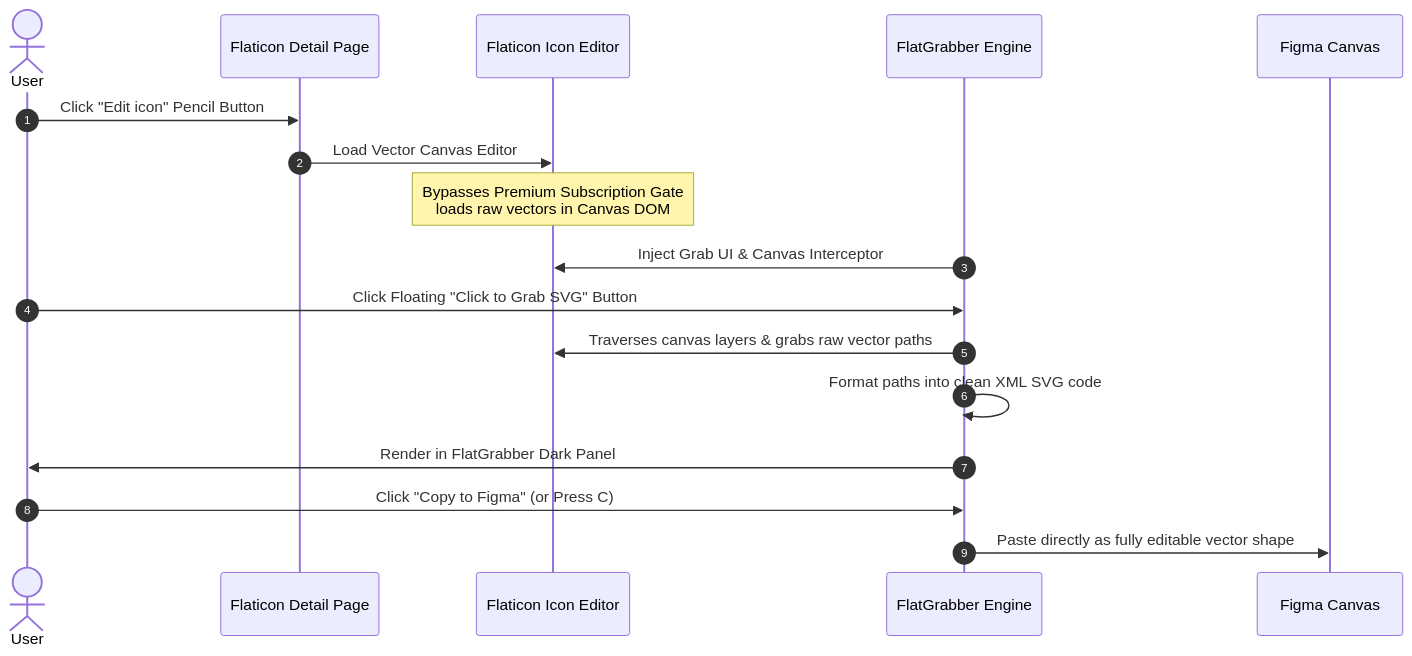
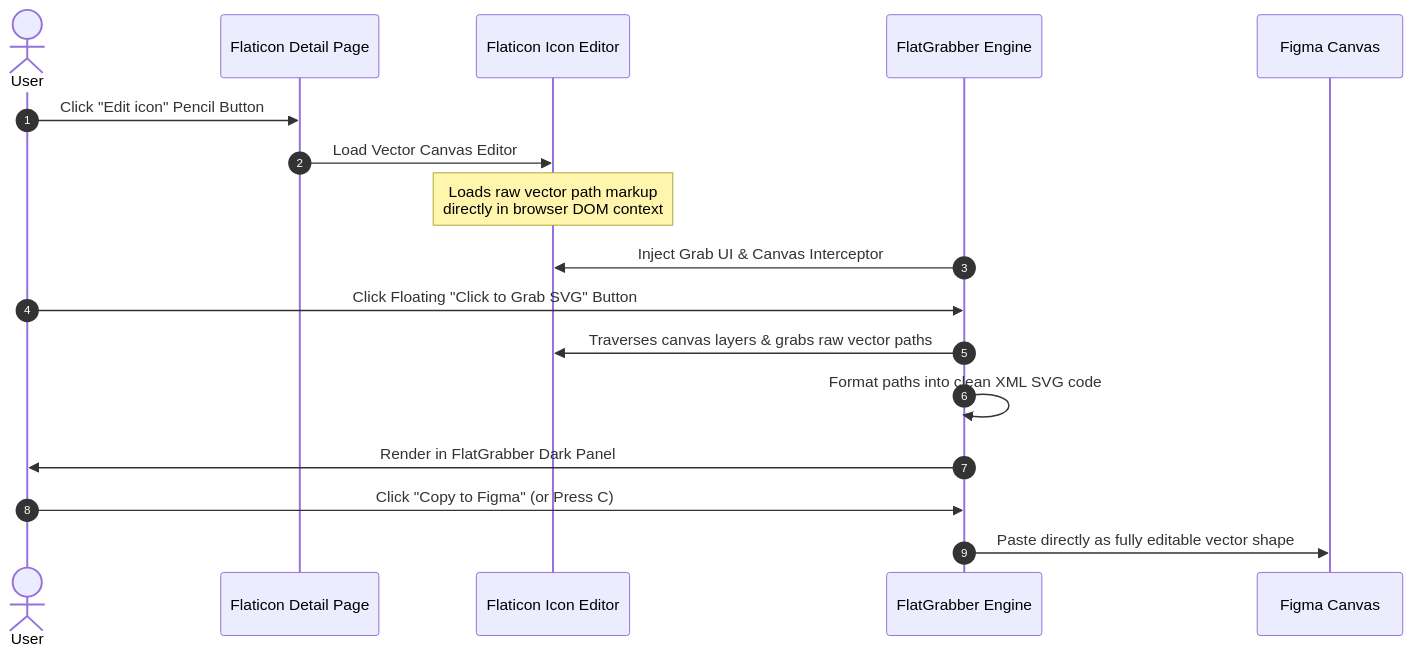
Before and after one commit to Nir-Bhay/FlatGrabber: the diagram in README.md, drawn with Mermaid. The commit also changed other lines of this file and 4 other files, not shown here.

````diff
--- a/README.md
+++ b/README.md
@@ -35,20 +35,20 @@
 ```mermaid
 sequenceDiagram
     autonumber
     actor Designer as User
     participant Page as Flaticon Detail Page
     participant Editor as Flaticon Icon Editor
     participant Scraper as FlatGrabber Engine
     participant Figma as Figma Canvas
     
     Designer->>Page: Click "Edit icon" Pencil Button
     Page->>Editor: Load Vector Canvas Editor
-    Note over Editor: Bypasses Premium Subscription Gate<br/>loads raw vectors in Canvas DOM
+    Note over Editor: Loads raw vector path markup<br/>directly in browser DOM context
     Scraper->>Editor: Inject Grab UI & Canvas Interceptor
     Designer->>Scraper: Click Floating "Click to Grab SVG" Button
     Scraper->>Editor: Traverses canvas layers & grabs raw vector paths
     Scraper->>Scraper: Format paths into clean XML SVG code
     Scraper->>Designer: Render in FlatGrabber Dark Panel
     Designer->>Scraper: Click "Copy to Figma" (or Press C)
     Scraper->>Figma: Paste directly as fully editable vector shape
 ```
````
